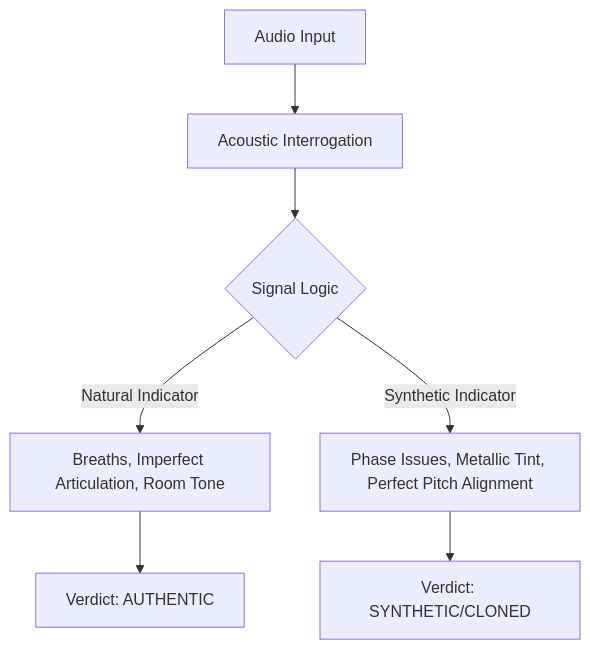
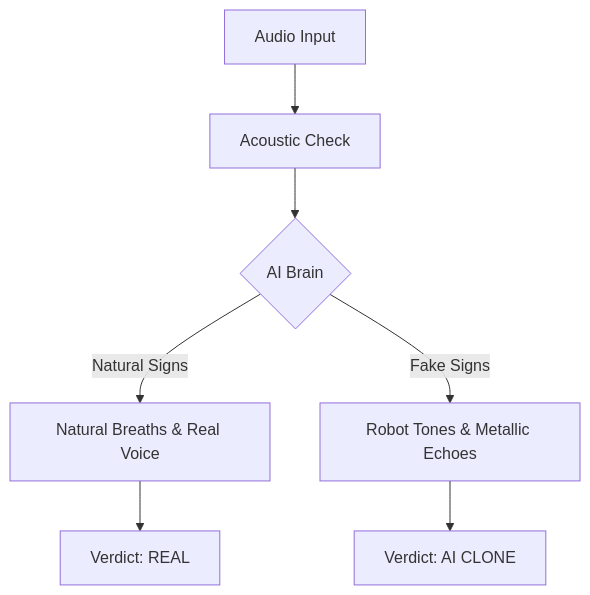
Before and after one commit to jiviteshreddy44-netizen/proofyyy: the third of 3 diagrams in README.md, drawn with Mermaid. The commit also changed other lines of this file, not shown here.

Commit message:
Update README: Strict core features and simple language with flow charts

````diff
--- a/README.md
+++ b/README.md
@@ -61,9 +60,9 @@
 ```mermaid
 graph TD
-    A[Audio Input] --> B[Acoustic Interrogation]
-    B --> C{Signal Logic}
-    C -->|Natural Indicator| D[Breaths, Imperfect Articulation, Room Tone]
-    C -->|Synthetic Indicator| E[Phase Issues, Metallic Tint, Perfect Pitch Alignment]
-    D --> F[Verdict: AUTHENTIC]
-    E --> G[Verdict: SYNTHETIC/CLONED]
+    A[Audio Input] --> B[Acoustic Check]
+    B --> C{AI Brain}
+    C -->|Natural Signs| D[Natural Breaths & Real Voice]
+    C -->|Fake Signs| E[Robot Tones & Metallic Echoes]
+    D --> F[Verdict: REAL]
+    E --> G[Verdict: AI CLONE]
 ```
````
